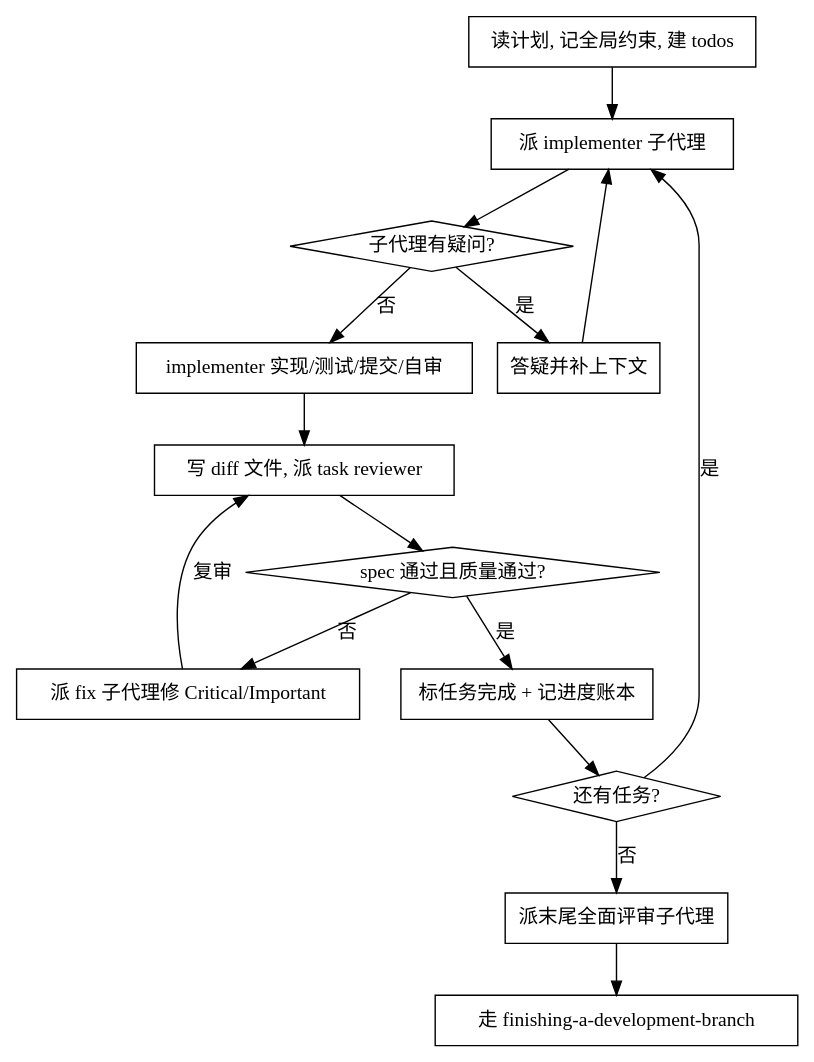
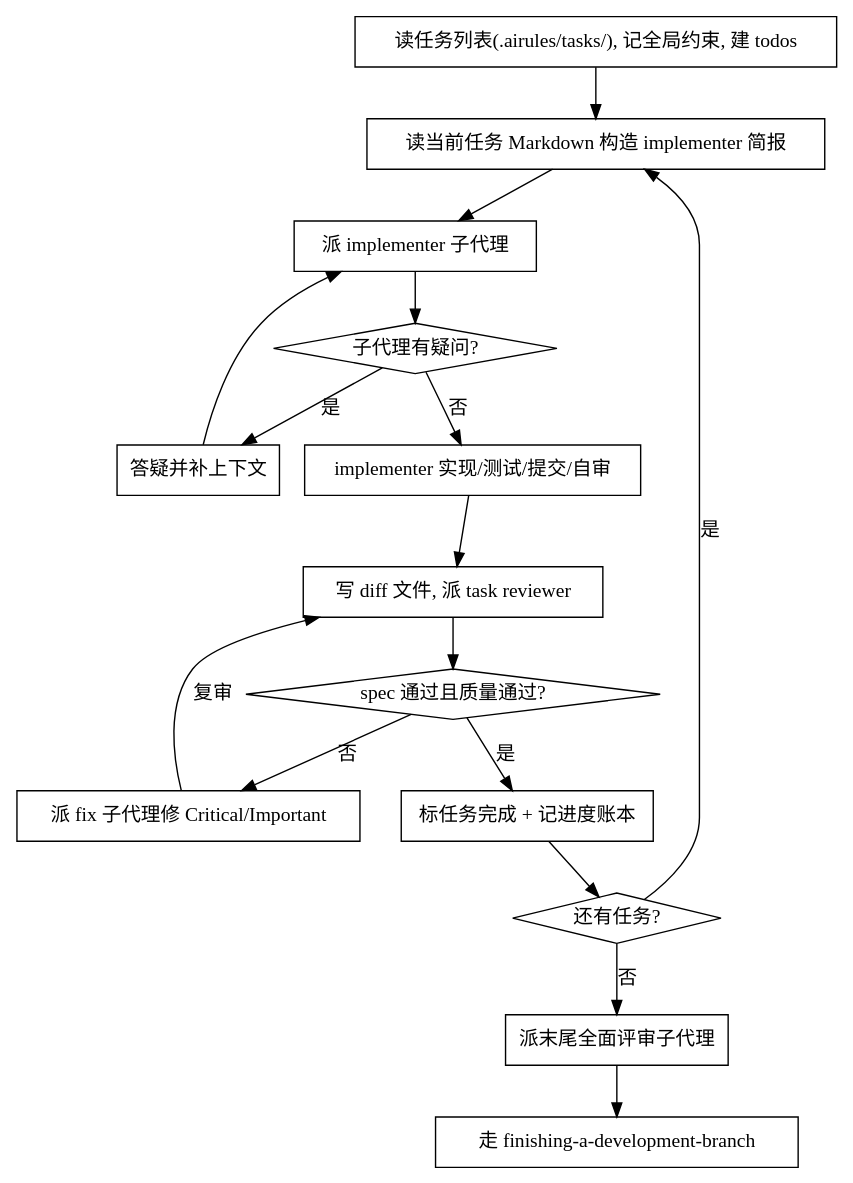
The diagram in skills/subagent-driven-development/SKILL.md (moluoxixi/AIRules), drawn with Graphviz before and after one commit. The commit also changed other lines of this file and 8 other files, not shown here.

````diff
--- a/skills/subagent-driven-development/SKILL.md
+++ b/skills/subagent-driven-development/SKILL.md
@@ -30,31 +32,33 @@
 ```dot
 digraph process {
   rankdir=TB;
-  "读计划, 记全局约束, 建 todos" [shape=box];
+  "读任务列表(.airules/tasks/), 记全局约束, 建 todos" [shape=box];
+  "读当前任务 Markdown 构造 implementer 简报" [shape=box];
   "派 implementer 子代理" [shape=box];
   "子代理有疑问?" [shape=diamond];
   "答疑并补上下文" [shape=box];
   "implementer 实现/测试/提交/自审" [shape=box];
   "写 diff 文件, 派 task reviewer" [shape=box];
   "spec 通过且质量通过?" [shape=diamond];
   "派 fix 子代理修 Critical/Important" [shape=box];
   "标任务完成 + 记进度账本" [shape=box];
   "还有任务?" [shape=diamond];
   "派末尾全面评审子代理" [shape=box];
   "走 finishing-a-development-branch" [shape=box];
-  "读计划, 记全局约束, 建 todos" -> "派 implementer 子代理";
+  "读任务列表(.airules/tasks/), 记全局约束, 建 todos" -> "读当前任务 Markdown 构造 implementer 简报";
+  "读当前任务 Markdown 构造 implementer 简报" -> "派 implementer 子代理";
   "派 implementer 子代理" -> "子代理有疑问?";
   "子代理有疑问?" -> "答疑并补上下文" [label="是"];
   "答疑并补上下文" -> "派 implementer 子代理";
   "子代理有疑问?" -> "implementer 实现/测试/提交/自审" [label="否"];
   "implementer 实现/测试/提交/自审" -> "写 diff 文件, 派 task reviewer";
   "写 diff 文件, 派 task reviewer" -> "spec 通过且质量通过?";
   "spec 通过且质量通过?" -> "派 fix 子代理修 Critical/Important" [label="否"];
   "派 fix 子代理修 Critical/Important" -> "写 diff 文件, 派 task reviewer" [label="复审"];
   "spec 通过且质量通过?" -> "标任务完成 + 记进度账本" [label="是"];
   "标任务完成 + 记进度账本" -> "还有任务?";
-  "还有任务?" -> "派 implementer 子代理" [label="是"];
+  "还有任务?" -> "读当前任务 Markdown 构造 implementer 简报" [label="是"];
   "还有任务?" -> "派末尾全面评审子代理" [label="否"];
   "派末尾全面评审子代理" -> "走 finishing-a-development-branch";
 }
 ```
````
